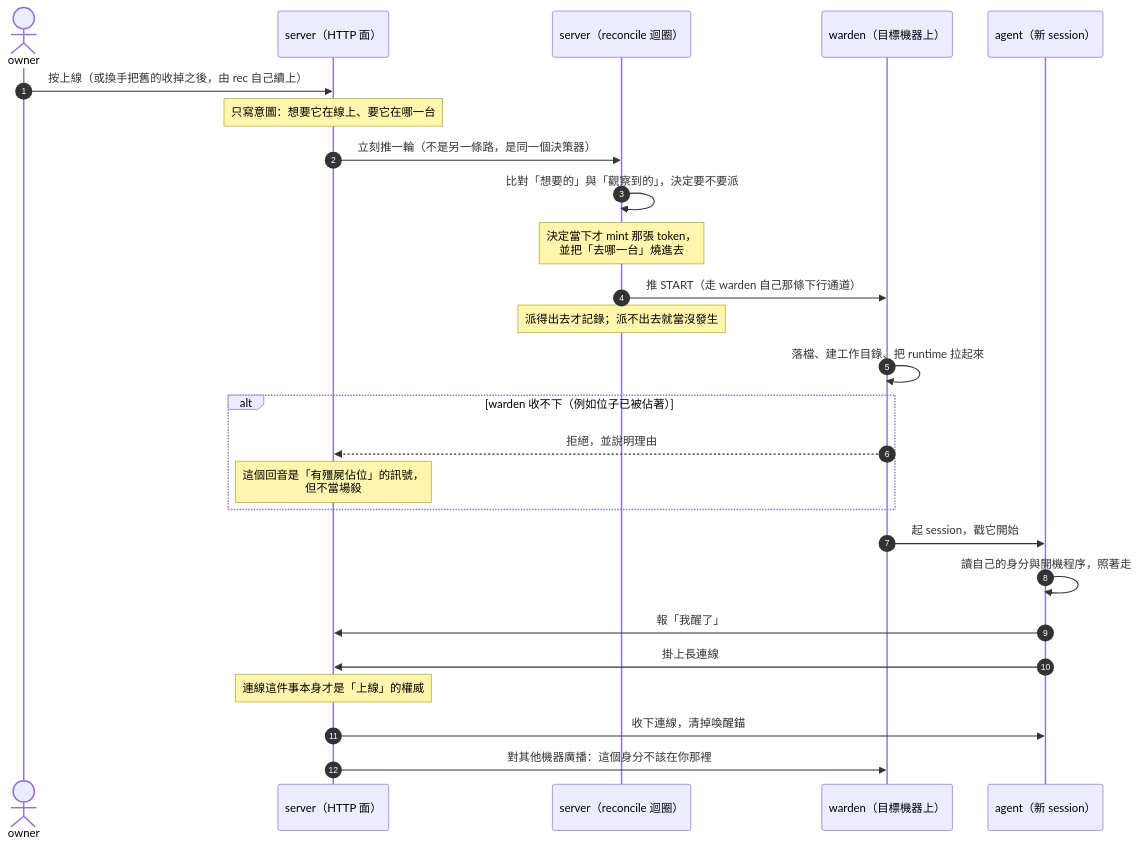
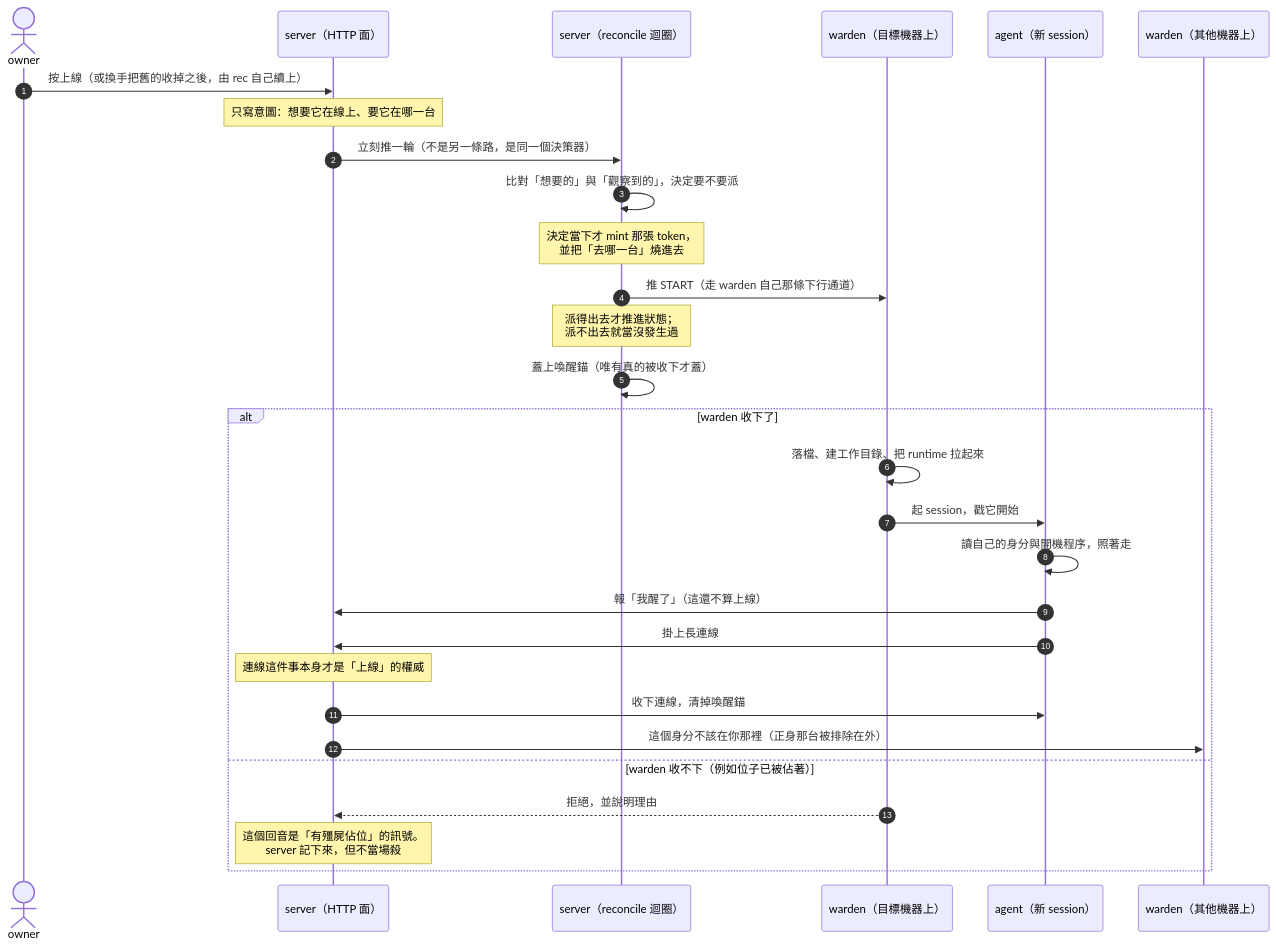
Before and after one commit to OTZro/OffiCraft: the diagram in docs/design/wake-flow.md, drawn with Mermaid.

Commit message:
[T-b1ae] 可讀性實測第一輪打回三件，其中兩件是圖畫錯了
[why]
把圖單獨交給一個沒有任何上下文、也不准讀 repo 的受測 agent。兩道反向題
（殭屍多久被殺、沒連上會重試幾次）它都答「圖上沒有」，沒有編造 —— 但它
順帶指出三件我自己看不見的東西：

- 圖上「清掉喚醒錨」憑空出現：從來沒有任何一步「蓋上」它。我清掉了一個
  我沒建立過的東西。
- 身分掃蕩畫成送給目標機器的 warden，而語意上那台正是被結構性排除在外的
  ⇒ 圖上等於在說反話。
- alt 只有一支，讀者看不出正常路徑在哪裡分出去。

[how]
- 補上「蓋上喚醒錨（唯有真的被收下才蓋）」這一步。
- 新增獨立 participant「warden（其他機器上）」，掃蕩指向它，並在訊息文字
  裡明講正身那台被排除。
- alt 改成兩支都畫。
- 圖說順帶修掉一個自我矛盾：原本寫「所有失敗分支不進圖」，而圖裡就有一條
  warden 拒絕的分支。改成講清楚那條為什麼不算失敗處理（它會改變 server
  的結論），並明寫其他出錯形狀都不在圖上。

重新渲染確認 rc=0 且真的產出圖（172KB PNG），並自己看過版面。
圖改過了，所以第一輪的合格紀錄不再綁這張圖，正在跑第二輪。

````diff
--- a/docs/design/wake-flow.md
+++ b/docs/design/wake-flow.md
@@ -30,33 +30,35 @@
 ```mermaid
 sequenceDiagram
     autonumber
     actor owner as owner
     participant srv as server（HTTP 面）
     participant rec as server（reconcile 迴圈）
     participant w as warden（目標機器上）
     participant agent as agent（新 session）
+    participant w2 as warden（其他機器上）
 
     owner->>srv: 按上線（或換手把舊的收掉之後，由 rec 自己續上）
     Note over srv: 只寫意圖：想要它在線上、要它在哪一台
     srv->>rec: 立刻推一輪（不是另一條路，是同一個決策器）
 
     rec->>rec: 比對「想要的」與「觀察到的」，決定要不要派
     Note over rec: 決定當下才 mint 那張 token，<br/>並把「去哪一台」燒進去
 
     rec->>w: 推 START（走 warden 自己那條下行通道）
-    Note over rec: 派得出去才記錄；派不出去就當沒發生
+    Note over rec: 派得出去才推進狀態；<br/>派不出去就當沒發生過
+    rec->>rec: 蓋上喚醒錨（唯有真的被收下才蓋）
 
-    w->>w: 落檔、建工作目錄、把 runtime 拉起來
-    alt warden 收不下（例如位子已被佔著）
+    alt warden 收下了
+        w->>w: 落檔、建工作目錄、把 runtime 拉起來
+        w->>agent: 起 session，戳它開始
+        agent->>agent: 讀自己的身分與開機程序，照著走
+        agent->>srv: 報「我醒了」（這還不算上線）
+        agent->>srv: 掛上長連線
+        Note over srv: 連線這件事本身才是「上線」的權威
+        srv->>agent: 收下連線，清掉喚醒錨
+        srv->>w2: 這個身分不該在你那裡（正身那台被排除在外）
+    else warden 收不下（例如位子已被佔著）
         w-->>srv: 拒絕，並說明理由
-        Note over srv: 這個回音是「有殭屍佔位」的訊號，<br/>但不當場殺
+        Note over srv: 這個回音是「有殭屍佔位」的訊號。<br/>server 記下來，但不當場殺
     end
-
-    w->>agent: 起 session，戳它開始
-    agent->>agent: 讀自己的身分與開機程序，照著走
-    agent->>srv: 報「我醒了」
-    agent->>srv: 掛上長連線
-    Note over srv: 連線這件事本身才是「上線」的權威
-    srv->>agent: 收下連線，清掉喚醒錨
-    srv->>w: 對其他機器廣播：這個身分不該在你那裡
 ```
````
